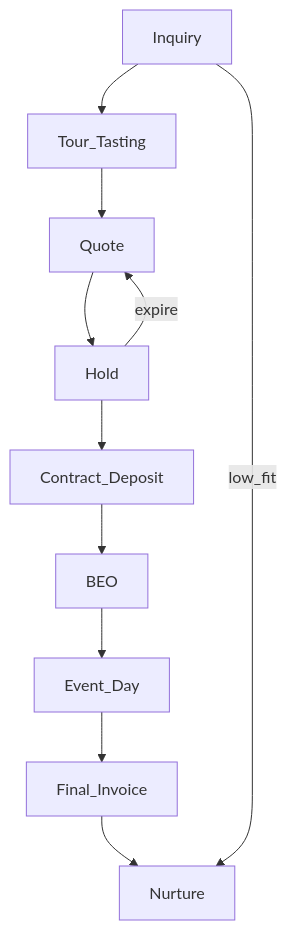
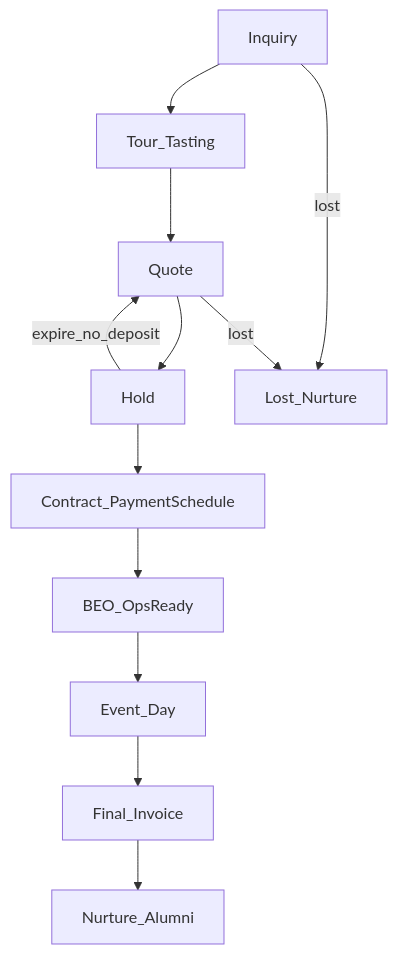
The diagram in .cursor/plans/CRM/docs/g1-nghiep-vu-flow.md (CodeArt-VN/ART-ERP), drawn with Mermaid before and after one commit. The commit also changed other lines of this file and 1 other file, not shown here.

````diff
--- a/.cursor/plans/CRM/docs/g1-nghiep-vu-flow.md
+++ b/.cursor/plans/CRM/docs/g1-nghiep-vu-flow.md
@@ -57,13 +58,14 @@
 ```mermaid
 flowchart TD
   A[Inquiry] --> B[Tour_Tasting]
   B --> C[Quote]
   C --> D[Hold]
-  D --> E[Contract_Deposit]
-  E --> F[BEO]
+  D --> E[Contract_PaymentSchedule]
+  E --> F[BEO_OpsReady]
   F --> G[Event_Day]
   G --> H[Final_Invoice]
-  H --> I[Nurture]
-  D -->|expire| C
-  A -->|low_fit| I
+  H --> I[Nurture_Alumni]
+  D -->|expire_no_deposit| C
+  A -->|lost| N[Lost_Nurture]
+  C -->|lost| N
 ```
````
